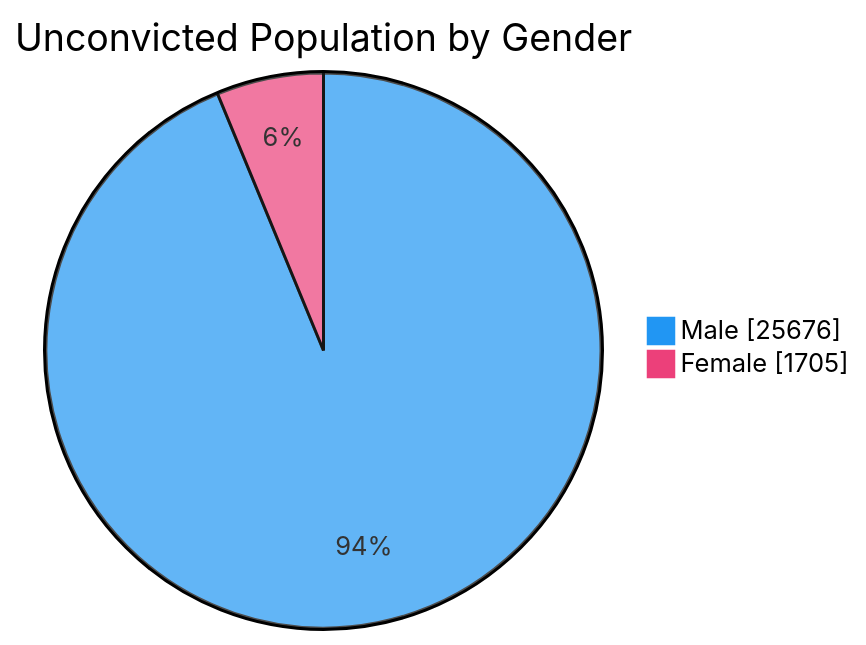
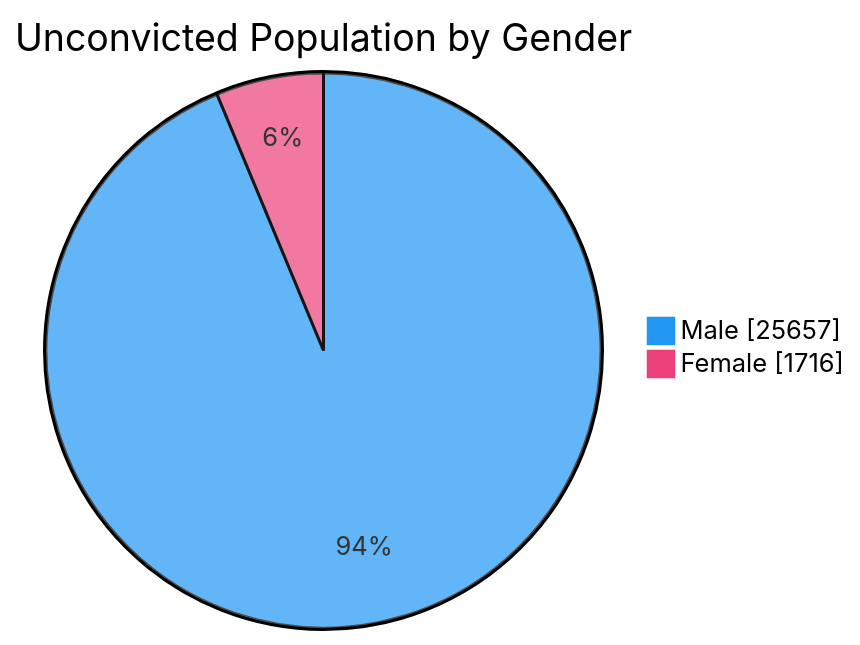
One commit to nuuuwan/lk_prisons changed the fourth of 7 diagrams in README.md. Above: the diagram before and after it, drawn with Mermaid. The commit also changed other lines of this file and 1 other file, not shown here.

````diff
--- a/README.md
+++ b/README.md
@@ -76,6 +76,6 @@
 ```mermaid
 %%{init: {'themeVariables': {'pie1': '#2196F3', 'pie2': '#EC407A'}}}%%
 pie showData title Unconvicted Population by Gender
-    "Male" : 25676
-    "Female" : 1705
+    "Male" : 25657
+    "Female" : 1716
 ```
````
